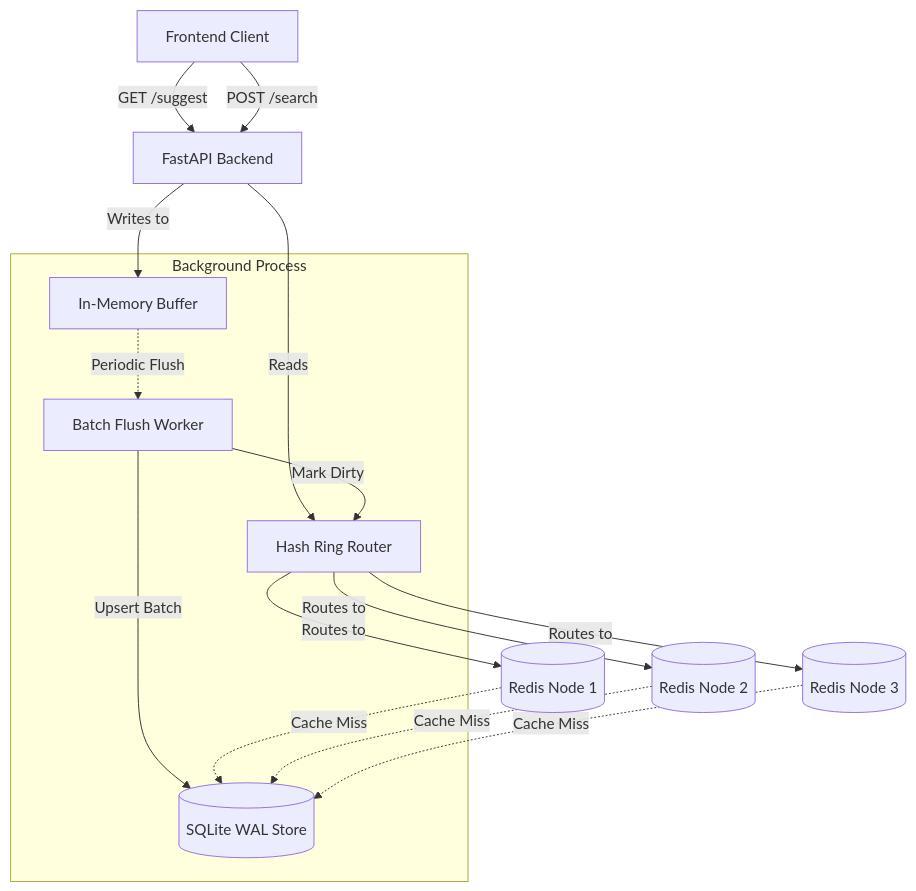
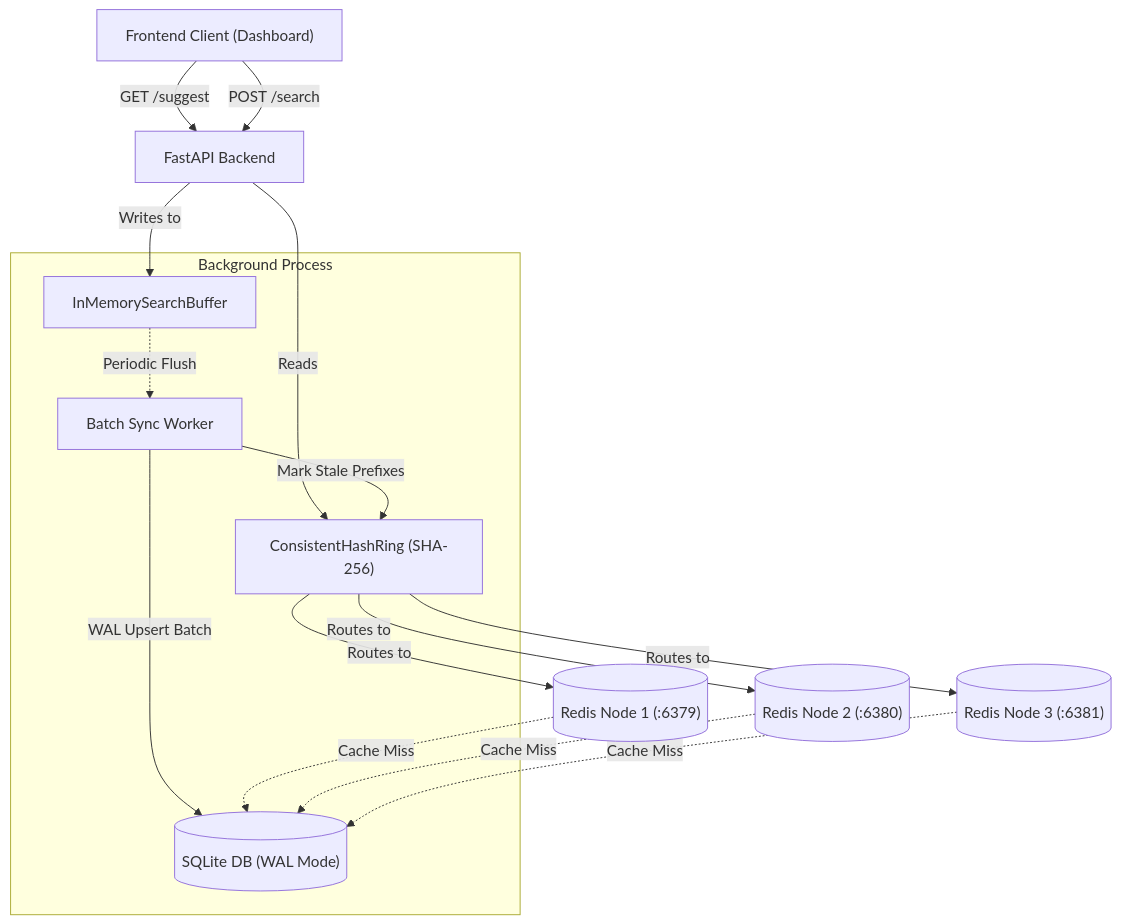
The diagram in README.md (SamarthPD-21/TypeAhead), drawn with Mermaid before and after one commit. The commit also changed other lines of this file, not shown here.

````diff
--- a/README.md
+++ b/README.md
@@ -11,23 +11,23 @@
 ```mermaid
 graph TD
-    UI[Frontend Client] -->|GET /suggest| API[FastAPI Backend]
+    UI["Frontend Client (Dashboard)"] -->|GET /suggest| API["FastAPI Backend"]
     UI -->|POST /search| API
 
-    API -->|Reads| HR[Hash Ring Router]
-    HR -->|Routes to| R1[(Redis Node 1)]
-    HR -->|Routes to| R2[(Redis Node 2)]
-    HR -->|Routes to| R3[(Redis Node 3)]
+    API -->|Reads| HR["ConsistentHashRing (SHA-256)"]
+    HR -->|Routes to| R1[("Redis Node 1 (:6379)")]
+    HR -->|Routes to| R2[("Redis Node 2 (:6380)")]
+    HR -->|Routes to| R3[("Redis Node 3 (:6381)")]
 
-    API -->|Writes to| Buffer[In-Memory Buffer]
+    API -->|Writes to| Buffer["InMemorySearchBuffer"]
 
     subgraph Background Process
-        Worker[Batch Flush Worker]
+        Worker["Batch Sync Worker"]
         Buffer -.->|Periodic Flush| Worker
-        Worker -->|Upsert Batch| DB[(SQLite WAL Store)]
-        Worker -->|Mark Dirty| HR
+        Worker -->|WAL Upsert Batch| DB[("SQLite DB (WAL Mode)")]
+        Worker -->|Mark Stale Prefixes| HR
     end
 
     R1 -.->|Cache Miss| DB
     R2 -.->|Cache Miss| DB
     R3 -.->|Cache Miss| DB
 ```
````
